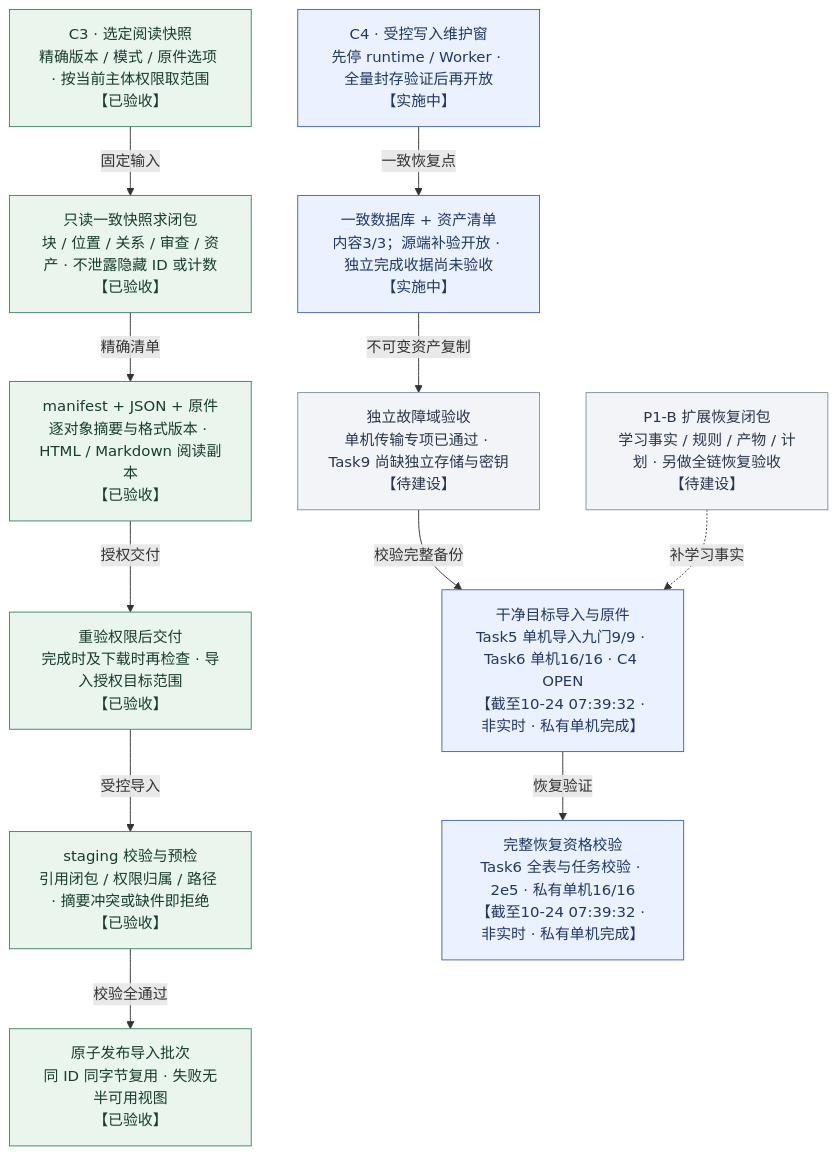
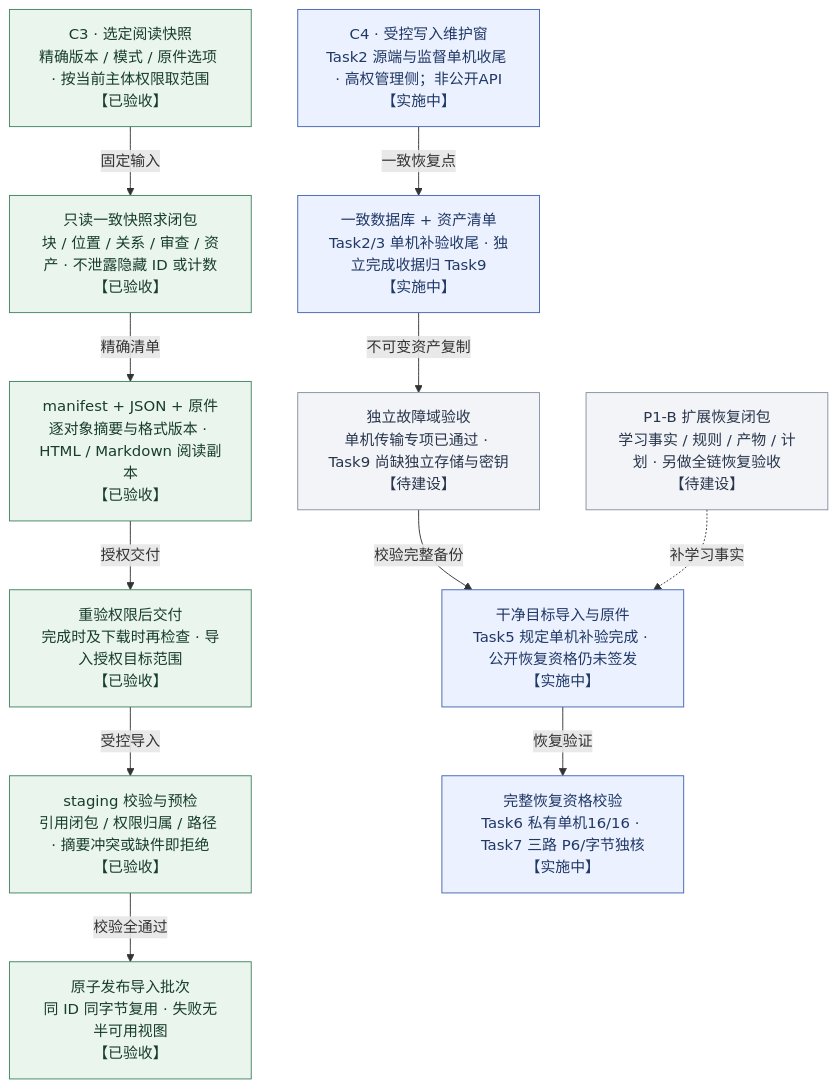
Before and after one commit to MansurnamedZhang/learning-system-p0c4: the diagram in docs/diagrams/knowweave-portability.mmd, drawn with Mermaid. The commit also changed 14 other files, not shown here.

First line of the commit message:
docs: audit full roadmap and regenerate current architecture maps

```diff
--- a/docs/diagrams/knowweave-portability.mmd
+++ b/docs/diagrams/knowweave-portability.mmd
@@ -1,30 +1,30 @@
 flowchart TB
     view["C3 · 选定阅读快照<br/>精确版本 / 模式 / 原件选项 · 按当前主体权限取范围<br/>【已验收】"]
     closure["只读一致快照求闭包<br/>块 / 位置 / 关系 / 审查 / 资产 · 不泄露隐藏 ID 或计数<br/>【已验收】"]
     bundle["manifest + JSON + 原件<br/>逐对象摘要与格式版本 · HTML / Markdown 阅读副本<br/>【已验收】"]
     visible["原子发布导入批次<br/>同 ID 同字节复用 · 失败无半可用视图<br/>【已验收】"]
     preflight["staging 校验与预检<br/>引用闭包 / 权限归属 / 路径 · 摘要冲突或缺件即拒绝<br/>【已验收】"]
     delivery["重验权限后交付<br/>完成时及下载时再检查 · 导入授权目标范围<br/>【已验收】"]
-    pause["C4 · 受控写入维护窗<br/>先停 runtime / Worker · 全量封存验证后再开放<br/>【实施中】"]
-    backup["一致数据库 + 资产清单<br/>内容3/3；源端补验开放 · 独立完成收据尚未验收<br/>【实施中】"]
+    pause["C4 · 受控写入维护窗<br/>Task2 源端与监督单机收尾 · 高权管理侧；非公开API<br/>【实施中】"]
+    backup["一致数据库 + 资产清单<br/>Task2/3 单机补验收尾 · 独立完成收据归 Task9<br/>【实施中】"]
     copy["独立故障域验收<br/>单机传输专项已通过 · Task9 尚缺独立存储与密钥<br/>【待建设】"]
-    check["完整恢复资格校验<br/>Task6 全表与任务校验 · 2e5 · 私有单机16/16<br/>【截至10-24 07:39:32 · 非实时 · 私有单机完成】"]
-    restore["干净目标导入与原件<br/>Task5 单机导入九门9/9 · Task6 单机16/16 · C4 OPEN<br/>【截至10-24 07:39:32 · 非实时 · 私有单机完成】"]
+    check["完整恢复资格校验<br/>Task6 私有单机16/16 · Task7 三路 P6/字节独核<br/>【实施中】"]
+    restore["干净目标导入与原件<br/>Task5 规定单机补验完成 · 公开恢复资格仍未签发<br/>【实施中】"]
     future["P1-B 扩展恢复闭包<br/>学习事实 / 规则 / 产物 / 计划 · 另做全链恢复验收<br/>【待建设】"]
     view -- "固定输入" --> closure
     closure -- "精确清单" --> bundle
     bundle -- "授权交付" --> delivery
     delivery -- "受控导入" --> preflight
     preflight -- "校验全通过" --> visible
     pause -- "一致恢复点" --> backup
     backup -- "不可变资产复制" --> copy
     copy -- "校验完整备份" --> restore
     restore -- "恢复验证" --> check
     future -. "补学习事实" .-> restore
     class view,closure,bundle,visible,preflight,delivery done
     class pause,backup,check,restore next
     class copy,future planned
     classDef done fill:#eaf5ee,stroke:#438363,color:#173d2b
     classDef next fill:#ebf1ff,stroke:#4365b4,color:#203866
     classDef planned fill:#f2f4f8,stroke:#8591a3,color:#28354b
     classDef optional fill:#f3ecfb,stroke:#9271b0,color:#4a3362
```
